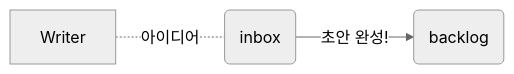
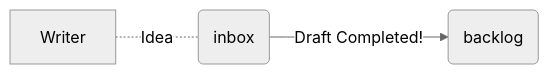
Before and after one commit to songkg7/songkg7.github.io: the second of 4 diagrams in i18n/en/docusaurus-plugin-content-blog/2023-04-19/blog-posting-pipeline.md, drawn with Mermaid (neutral theme). The commit also changed other lines of this file and 4 other files, not shown here.

````diff
--- a/i18n/en/docusaurus-plugin-content-blog/2023-04-19/blog-posting-pipeline.md
+++ b/i18n/en/docusaurus-plugin-content-blog/2023-04-19/blog-posting-pipeline.md
@@ -50,4 +50,4 @@
 ```mermaid
 flowchart LR
-    Writer -. 아이디어 .- inbox(inbox) -- 초안 완성! --> backlog(backlog)
+    Writer -. Idea .- inbox(inbox) -- Draft Completed! --> backlog(backlog)
 ```
````
